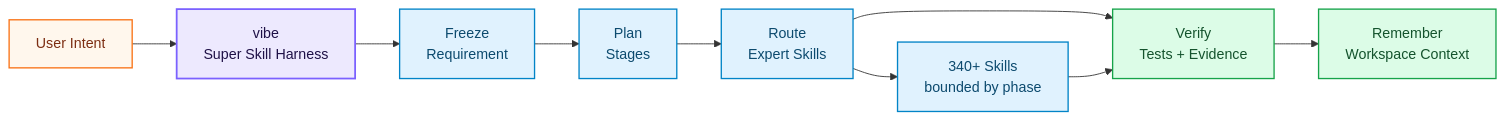
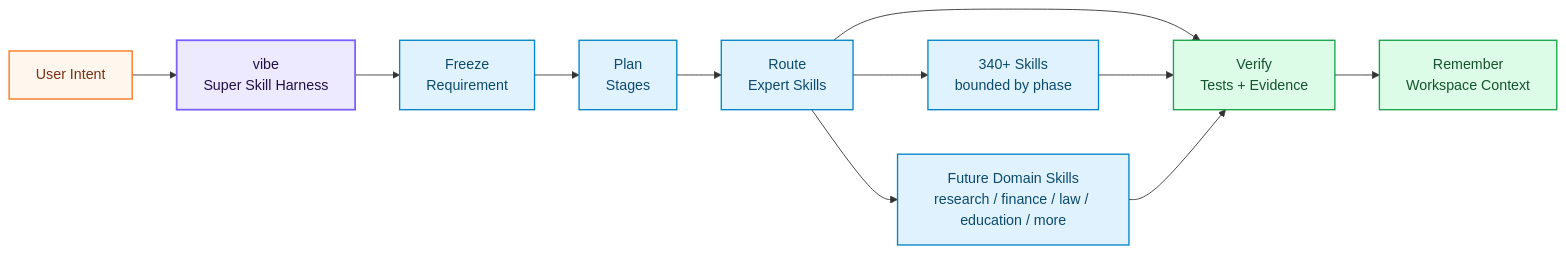
One commit to OhiraShusei/Vibe-Skills changed the diagram in README.md. Above: the diagram before and after it, drawn with Mermaid. The commit also changed other lines of this file and 1 other file, not shown here.

````diff
--- a/README.md
+++ b/README.md
@@ -152,27 +157,29 @@
 ```mermaid
 flowchart LR
     accTitle: VibeSkills Harness Flow
     accDescr: User intent enters the vibe harness. The harness freezes intent, plans stages, routes expert Skills, verifies evidence, and preserves workspace context.
 
     user["User Intent"]
     vibe["vibe<br/>Super Skill Harness"]
     freeze["Freeze<br/>Requirement"]
     plan["Plan<br/>Stages"]
     route["Route<br/>Expert Skills"]
     skills["340+ Skills<br/>bounded by phase"]
+    future["Future Domain Skills<br/>research / finance / law / education / more"]
     verify["Verify<br/>Tests + Evidence"]
     memory["Remember<br/>Workspace Context"]
 
     user --> vibe --> freeze --> plan --> route --> verify --> memory
     route --> skills --> verify
+    route --> future --> verify
 
     classDef core fill:#ede9fe,stroke:#7B61FF,stroke-width:2px,color:#1f1147
     classDef stage fill:#e0f2fe,stroke:#0284c7,stroke-width:1.5px,color:#0c4a6e
     classDef proof fill:#dcfce7,stroke:#16a34a,stroke-width:1.5px,color:#14532d
     classDef user fill:#fff7ed,stroke:#f97316,stroke-width:1.5px,color:#7c2d12
 
     class vibe core
-    class freeze,plan,route,skills stage
+    class freeze,plan,route,skills,future stage
     class verify,memory proof
     class user user
 ```
````
